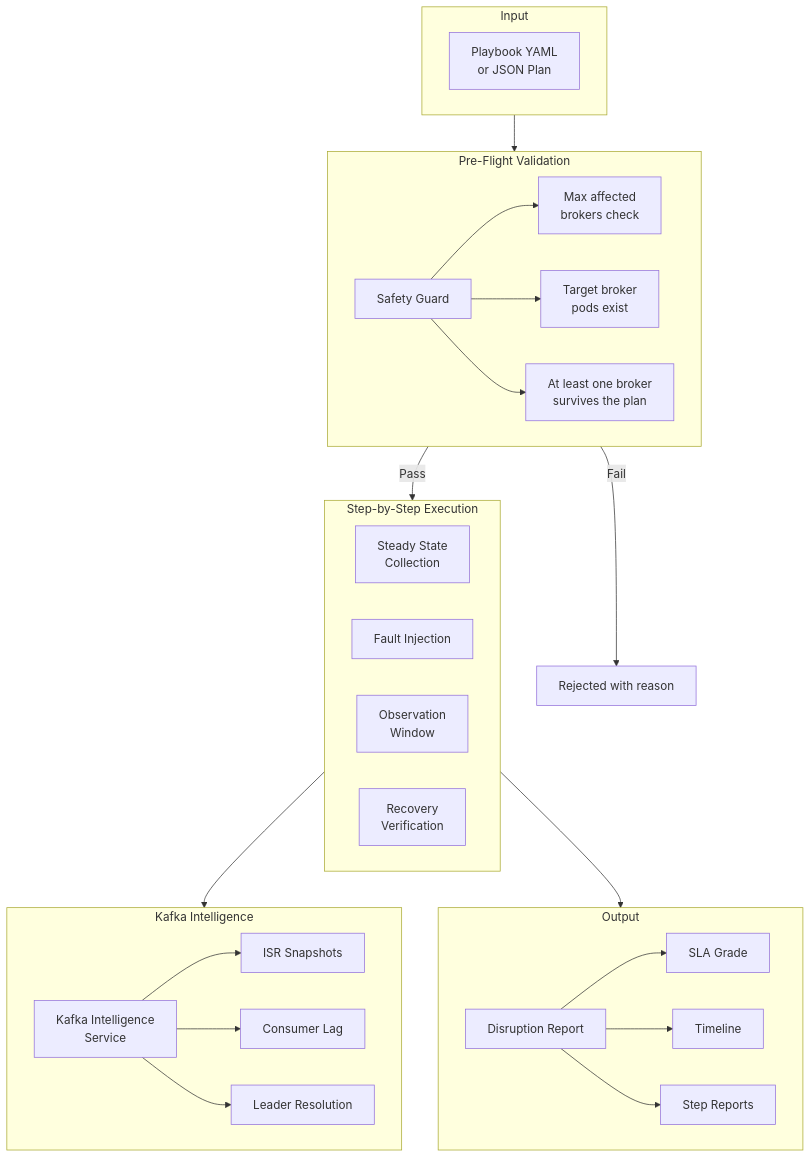
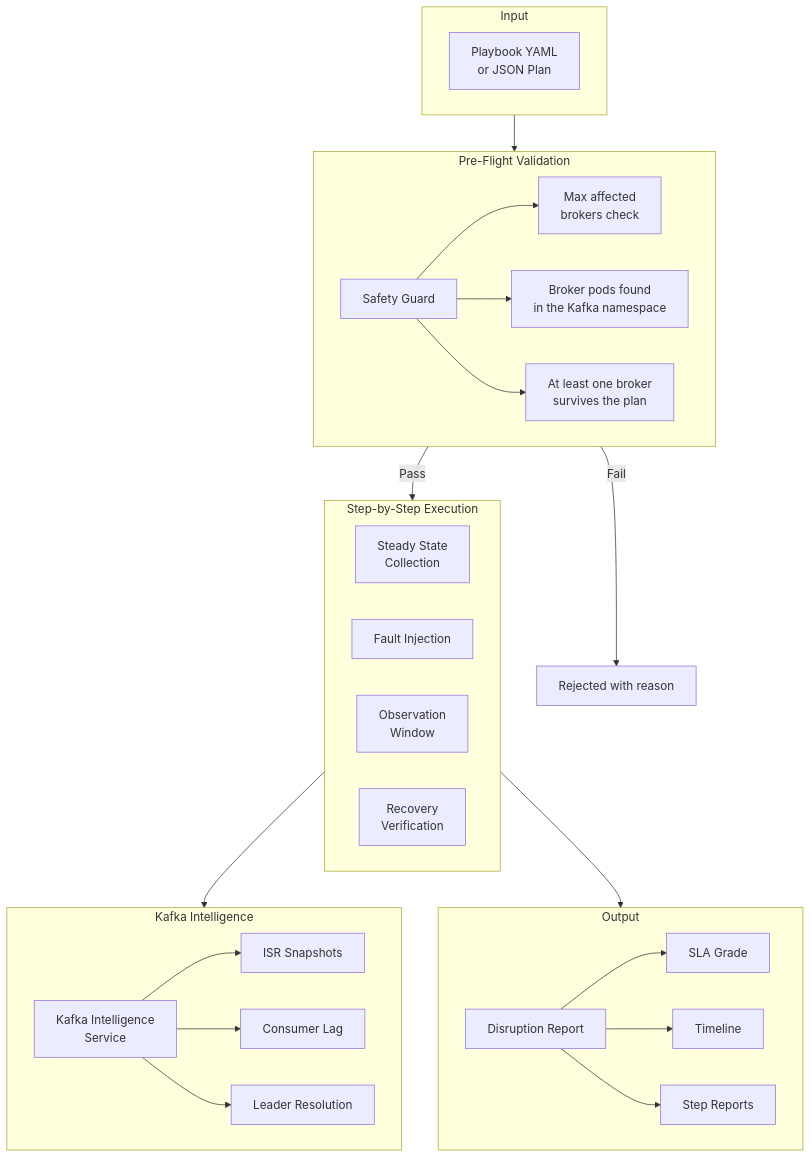
The first of 9 diagrams in docs/book/07-chaos-practice.md (actions-marketplace-validations/bmscomp_kates), drawn with Mermaid before and after one commit. The commit also changed other lines of this file and 2 other files, not shown here.

First line of the commit message:
docs(book): one home for fault injection and the safety guard in Part III (#226)

````diff
--- a/docs/book/07-chaos-practice.md
+++ b/docs/book/07-chaos-practice.md
@@ -14,40 +16,43 @@
 ```mermaid
+%%| label: fig-practice-architecture
+%%| fig-cap: "The safety guard checks a plan before any step runs; a plan it refuses ends with a reason, and one it accepts runs its steps and ends in a report."
+%%| fig-alt: "Flowchart. A playbook YAML or JSON plan goes to pre-flight validation, where the safety guard checks the maximum affected brokers, that broker pods are found in the Kafka namespace, and that at least one broker survives the plan. A failed check ends in a rejection with a reason. A passed plan goes to step-by-step execution: steady-state collection, fault injection, the observation window and recovery verification. Execution feeds Kafka intelligence, with ISR snapshots, consumer lag and leader resolution, and the output: a disruption report with an SLA grade, a timeline and step reports."
 graph TB
     subgraph Input["Input"]
         PB[Playbook YAML<br/>or JSON Plan]
     end
     
     subgraph Validation["Pre-Flight Validation"]
         SG[Safety Guard]
         SG --> CHK1[Max affected<br/>brokers check]
-        SG --> CHK2[Target broker<br/>pods exist]
+        SG --> CHK2[Broker pods found<br/>in the Kafka namespace]
         SG --> CHK3[At least one broker<br/>survives the plan]
     end
     
     subgraph Execution["Step-by-Step Execution"]
         SS[Steady State<br/>Collection]
         FI[Fault Injection]
         OW[Observation<br/>Window]
         RV[Recovery<br/>Verification]
     end
     
     subgraph Intelligence["Kafka Intelligence"]
         KIS[Kafka Intelligence<br/>Service]
         KIS --> ISR[ISR Snapshots]
         KIS --> LAG[Consumer Lag]
         KIS --> LEAD[Leader Resolution]
     end
     
     subgraph Output["Output"]
         DR[Disruption Report]
         DR --> SLA[SLA Grade]
         DR --> TL[Timeline]
         DR --> STEPS[Step Reports]
     end
     
     Input --> Validation
     Validation -->|Pass| Execution
     Validation -->|Fail| REJECT[Rejected with reason]
     Execution --> Intelligence
     Execution --> Output
 ```
````
